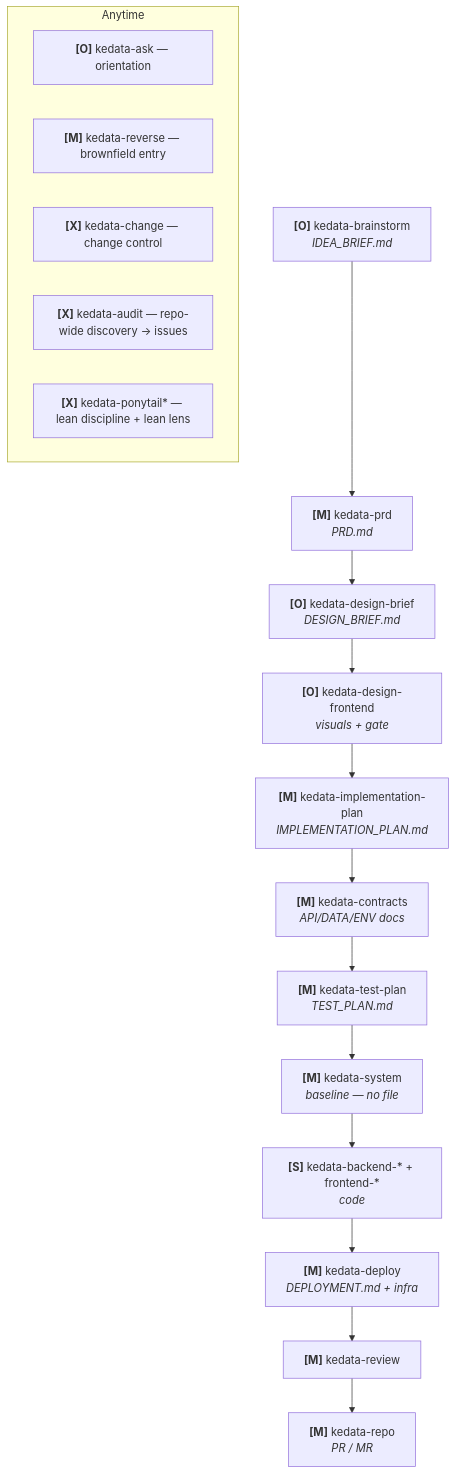
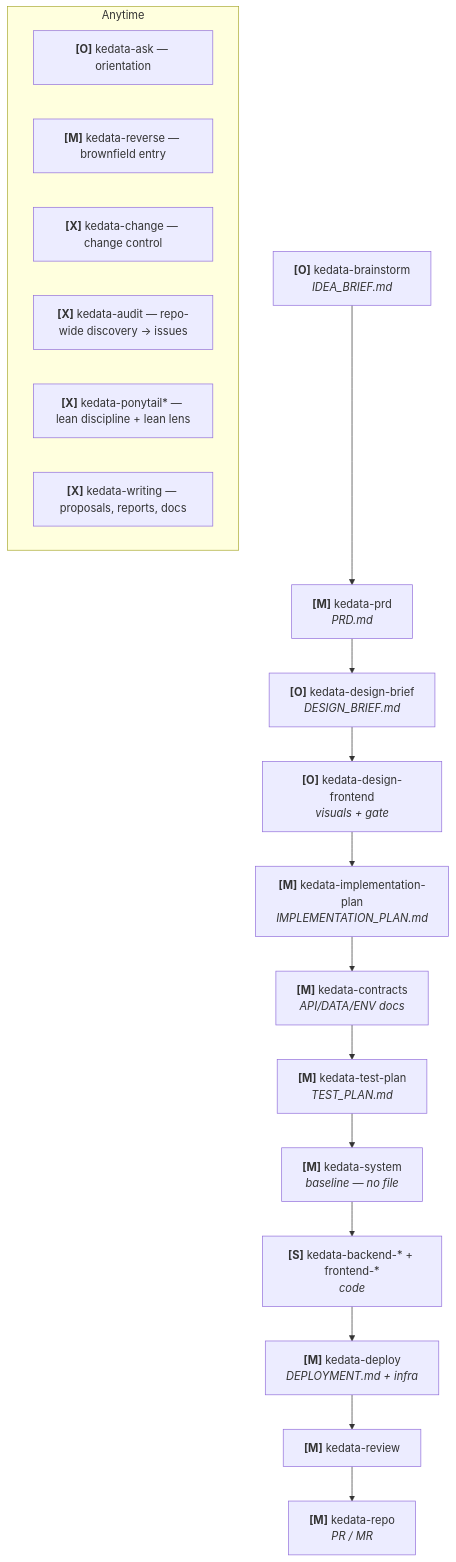
Diagram 13 of 13 in PIPELINE_GUIDE.md (Kedata-Indonesia/vibeskills), drawn with Mermaid before and after one commit. The commit also changed other lines of this file and 1 other file, not shown here.

First line of the commit message:
docs(registry): list kedata-writing in the README and the pipeline guide

````diff
--- a/PIPELINE_GUIDE.md
+++ b/PIPELINE_GUIDE.md
@@ -414,22 +423,23 @@
 ```mermaid
 flowchart TD
     A["<b>[O]</b> kedata-brainstorm<br/><i>IDEA_BRIEF.md</i>"] --> B["<b>[M]</b> kedata-prd<br/><i>PRD.md</i>"]
     B --> C["<b>[O]</b> kedata-design-brief<br/><i>DESIGN_BRIEF.md</i>"]
     C --> D["<b>[O]</b> kedata-design-frontend<br/><i>visuals + gate</i>"]
     D --> E["<b>[M]</b> kedata-implementation-plan<br/><i>IMPLEMENTATION_PLAN.md</i>"]
     E --> F["<b>[M]</b> kedata-contracts<br/><i>API/DATA/ENV docs</i>"]
     F --> T["<b>[M]</b> kedata-test-plan<br/><i>TEST_PLAN.md</i>"]
     T --> G["<b>[M]</b> kedata-system<br/><i>baseline — no file</i>"]
     G --> H["<b>[S]</b> kedata-backend-* + frontend-*<br/><i>code</i>"]
     H --> DP["<b>[M]</b> kedata-deploy<br/><i>DEPLOYMENT.md + infra</i>"]
     DP --> I["<b>[M]</b> kedata-review"]
     I --> J["<b>[M]</b> kedata-repo<br/><i>PR / MR</i>"]
 
     subgraph "Anytime"
         ASK["<b>[O]</b> kedata-ask — orientation"]
         RVS["<b>[M]</b> kedata-reverse — brownfield entry"]
         CHG["<b>[X]</b> kedata-change — change control"]
         AUD["<b>[X]</b> kedata-audit — repo-wide discovery → issues"]
         PONY["<b>[X]</b> kedata-ponytail* — lean discipline + lean lens"]
+        WRT["<b>[X]</b> kedata-writing — proposals, reports, docs"]
     end
 ```
````
